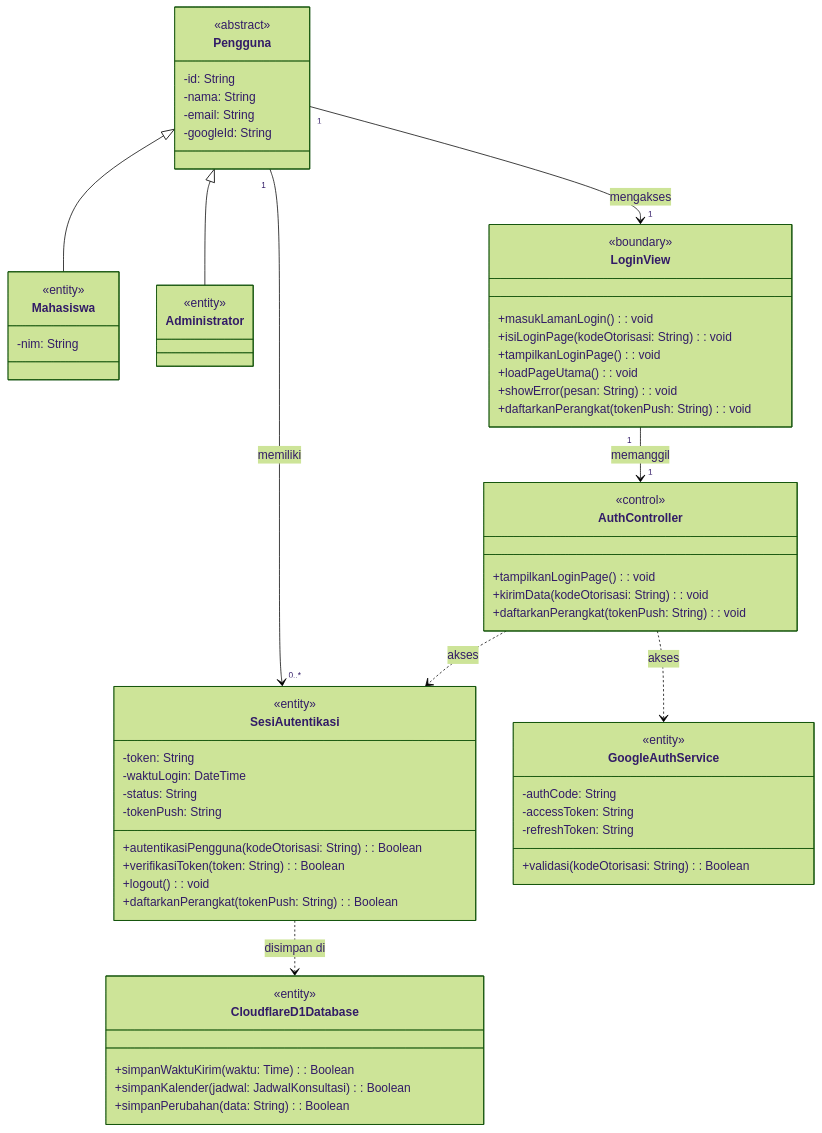
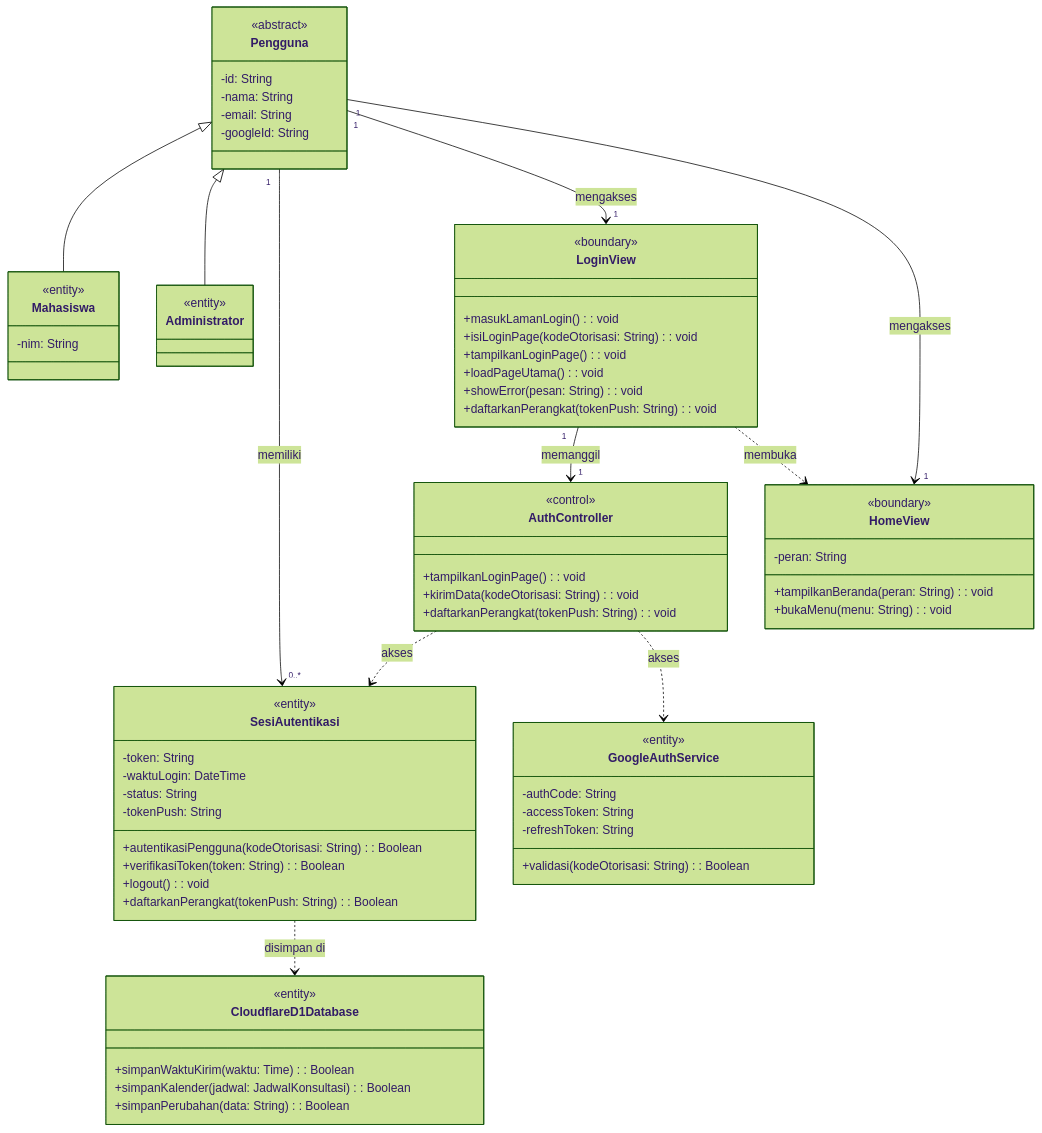
Diagram 36 of 41 in docs/M8/K01_G04_DPPL2.md (sbxte/IF2150-RPL-K01-G04), drawn with Mermaid (forest theme) before and after one commit. The commit also changed other lines of this file and 15 other files, not shown here.

````diff
--- a/docs/M8/K01_G04_DPPL2.md
+++ b/docs/M8/K01_G04_DPPL2.md
@@ -2086,64 +2105,72 @@
 ```mermaid
 classDiagram
     class Pengguna {
         <<abstract>>
         -id: String
         -nama: String
         -email: String
         -googleId: String
     }
     class Mahasiswa {
         <<entity>>
         -nim: String
     }
     class Administrator {
         <<entity>>
     }
     class LoginView {
         <<boundary>>
         +masukLamanLogin(): void
         +isiLoginPage(kodeOtorisasi: String): void
         +tampilkanLoginPage(): void
         +loadPageUtama(): void
         +showError(pesan: String): void
         +daftarkanPerangkat(tokenPush: String): void
+    }
+    class HomeView {
+        <<boundary>>
+        -peran: String
+        +tampilkanBeranda(peran: String): void
+        +bukaMenu(menu: String): void
     }
     class AuthController {
         <<control>>
         +tampilkanLoginPage(): void
         +kirimData(kodeOtorisasi: String): void
         +daftarkanPerangkat(tokenPush: String): void
     }
     class SesiAutentikasi {
         <<entity>>
         -token: String
         -waktuLogin: DateTime
         -status: String
         -tokenPush: String
         +autentikasiPengguna(kodeOtorisasi: String): Boolean
         +verifikasiToken(token: String): Boolean
         +logout(): void
         +daftarkanPerangkat(tokenPush: String): Boolean
     }
     class GoogleAuthService {
         <<entity>>
         -authCode: String
         -accessToken: String
         -refreshToken: String
         +validasi(kodeOtorisasi: String): Boolean
     }
     class CloudflareD1Database {
         <<entity>>
         +simpanWaktuKirim(waktu: Time): Boolean
         +simpanKalender(jadwal: JadwalKonsultasi): Boolean
         +simpanPerubahan(data: String): Boolean
     }
     Pengguna <|-- Mahasiswa
     Pengguna <|-- Administrator
     Pengguna "1" --> "0..*" SesiAutentikasi : memiliki
     Pengguna "1" --> "1" LoginView : mengakses
     LoginView "1" --> "1" AuthController : memanggil
+    Pengguna "1" --> "1" HomeView : mengakses
+    LoginView ..> HomeView : membuka
     AuthController ..> SesiAutentikasi : akses
     AuthController ..> GoogleAuthService : akses
     SesiAutentikasi ..> CloudflareD1Database : disimpan di
 ```
````
